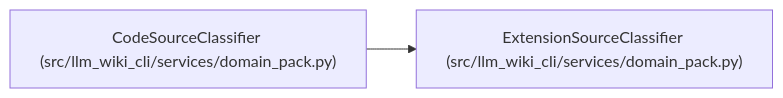
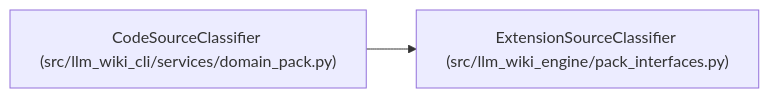
The diagram in docs/llm_wiki/entities/CodeSourceClassifier.md (Denissvgn/python-wiki-llm), drawn with Mermaid before and after one commit. The commit also changed other lines of this file and 585 other files, not shown here.

Commit message:
docs: refresh the wiki for per-engine integrations

````diff
--- a/docs/llm_wiki/entities/CodeSourceClassifier.md
+++ b/docs/llm_wiki/entities/CodeSourceClassifier.md
@@ -30,8 +30,8 @@
 ```mermaid
 flowchart LR
     n0["CodeSourceClassifier (src/llm_wiki_cli/services/domain_pack.py)"]
-    n1["ExtensionSourceClassifier (src/llm_wiki_cli/services/domain_pack.py)"]
+    n1["ExtensionSourceClassifier (src/llm_wiki_engine/pack_interfaces.py)"]
     n0 --> n1
     click n0 "../modules/domain_pack.md"
-    click n1 "../modules/domain_pack.md"
+    click n1 "../modules/pack_interfaces.md"
 ```
````
